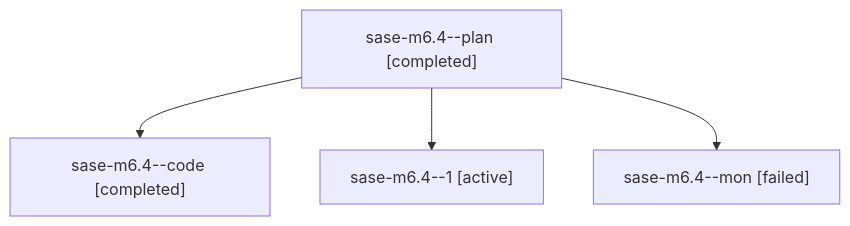
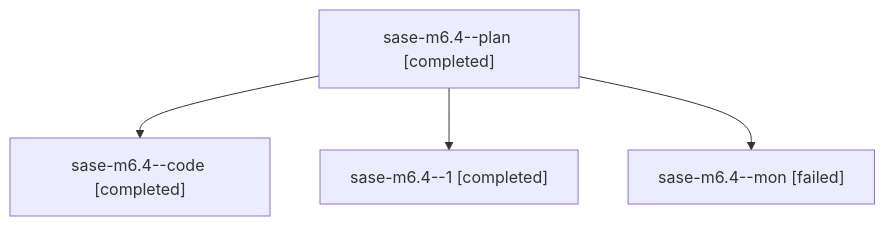
One commit to sase-org/sase--agents changed the diagram in families/bbugyi200.athena.sase-m6.4.md. Above: the diagram before and after it, drawn with Mermaid. The commit also changed other lines of this file and 65 other files, not shown here.

````diff
--- a/families/bbugyi200.athena.sase-m6.4.md
+++ b/families/bbugyi200.athena.sase-m6.4.md
@@ -9,10 +9,10 @@
 ```mermaid
 flowchart TD
   n0["sase-m6.4--plan [completed]"]
   n1["sase-m6.4--code [completed]"]
   n0 --> n1
-  n2["sase-m6.4--1 [active]"]
+  n2["sase-m6.4--1 [completed]"]
   n0 --> n2
   n3["sase-m6.4--mon [failed]"]
   n0 --> n3
 ```
````
